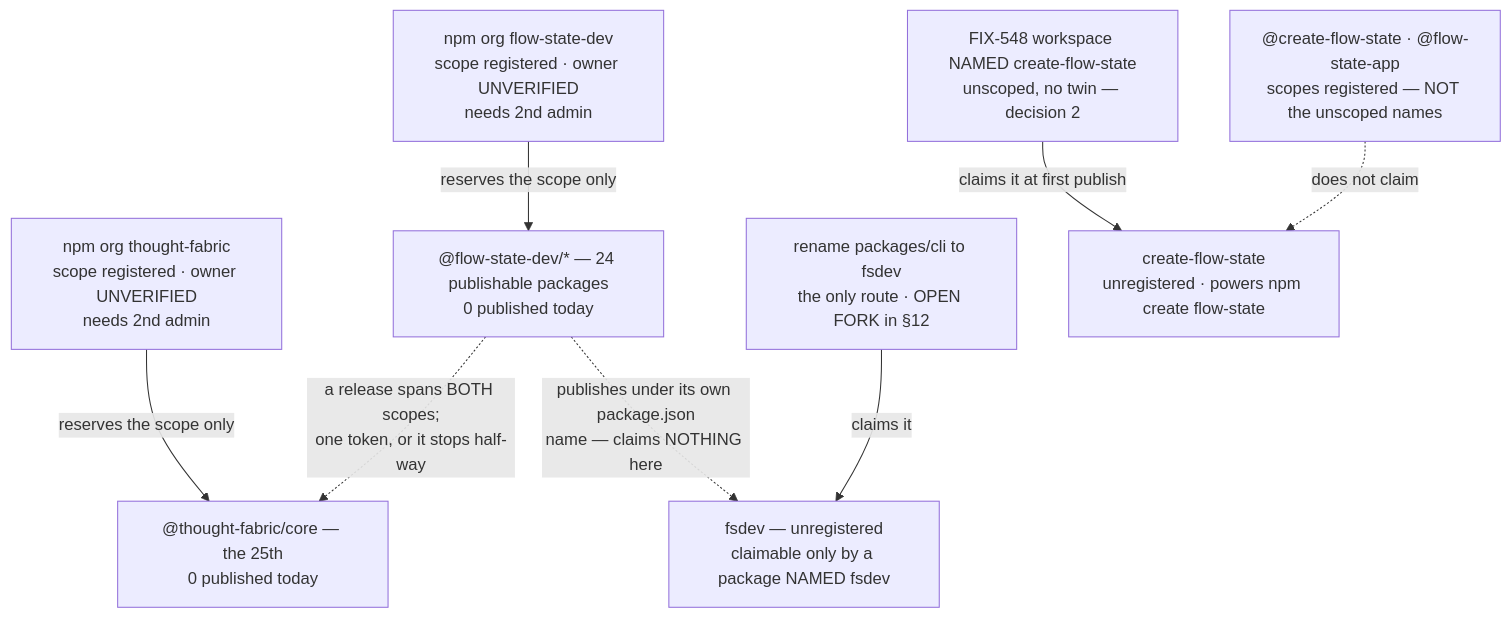
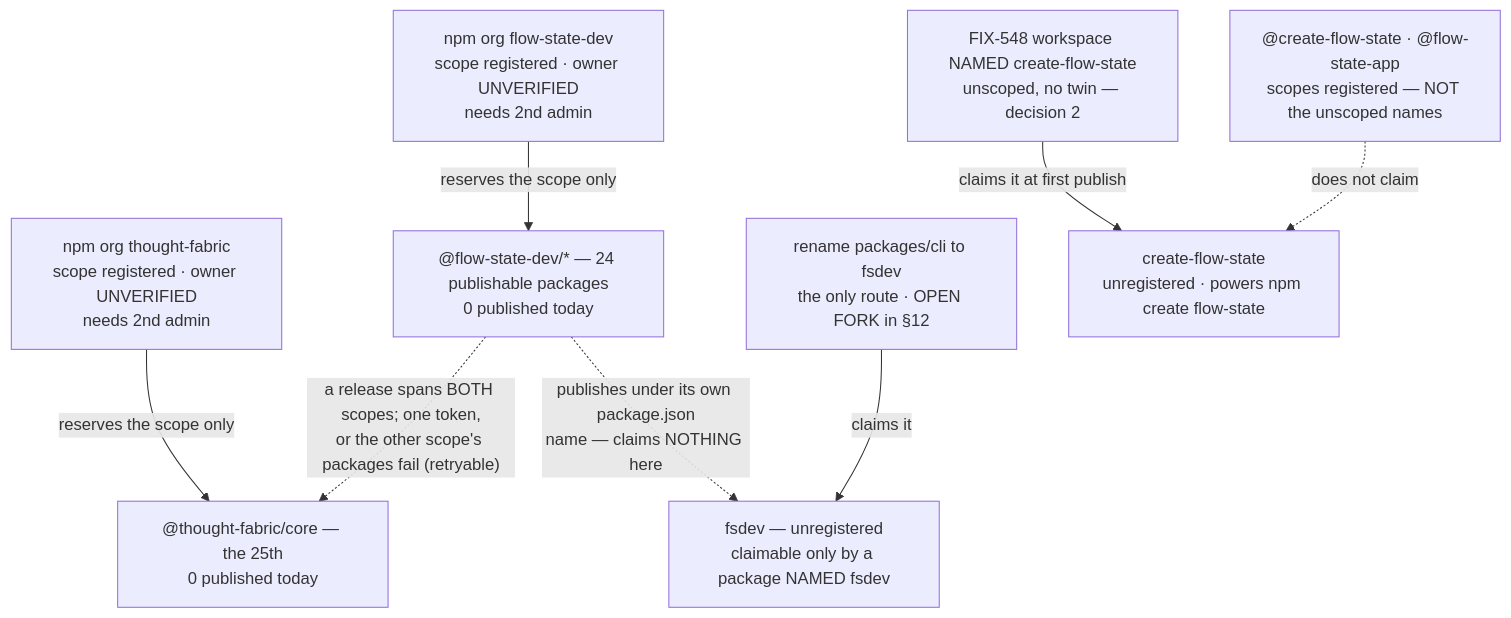
Before and after one commit to fixpoint-labs/flow-state-dev: the diagram in spec/FIX-1162.md, drawn with Mermaid. The commit also changed other lines of this file, not shown here.

First line of the commit message:
spec(FIX-1162): a partial release IS retryable; both lookups in section 8; the handoff blocks the release

````diff
--- a/spec/FIX-1162.md
+++ b/spec/FIX-1162.md
@@ -262,12 +262,12 @@
 ```mermaid
 flowchart TD
   ORG["npm org flow-state-dev<br/>scope registered · owner UNVERIFIED<br/>needs 2nd admin"]
   ORG2["npm org thought-fabric<br/>scope registered · owner UNVERIFIED<br/>needs 2nd admin"]
   ORG -->|"reserves the scope only"| SCOPED["@flow-state-dev/* — 24 publishable packages<br/>0 published today"]
   ORG2 -->|"reserves the scope only"| TF["@thought-fabric/core — the 25th<br/>0 published today"]
-  SCOPED -.->|"a release spans BOTH scopes;<br/>one token, or it stops half-way"| TF
+  SCOPED -.->|"a release spans BOTH scopes; one token,<br/>or the other scope's packages fail (retryable)"| TF
   SCOPED -.->|"publishes under its own package.json<br/>name — claims NOTHING here"| FSDEV["fsdev — unregistered<br/>claimable only by a package NAMED fsdev"]
   RENAME["rename packages/cli to fsdev<br/>the only route · OPEN FORK in §12"] -->|"claims it"| FSDEV
   CREATE548["FIX-548 workspace NAMED create-flow-state<br/>unscoped, no twin — decision 2"] -->|"claims it at first publish"| CREATE["create-flow-state<br/>unregistered · powers npm create flow-state"]
   HELD["@create-flow-state · @flow-state-app<br/>scopes registered — NOT the unscoped names"] -.->|"does not claim"| CREATE
 ```
````
